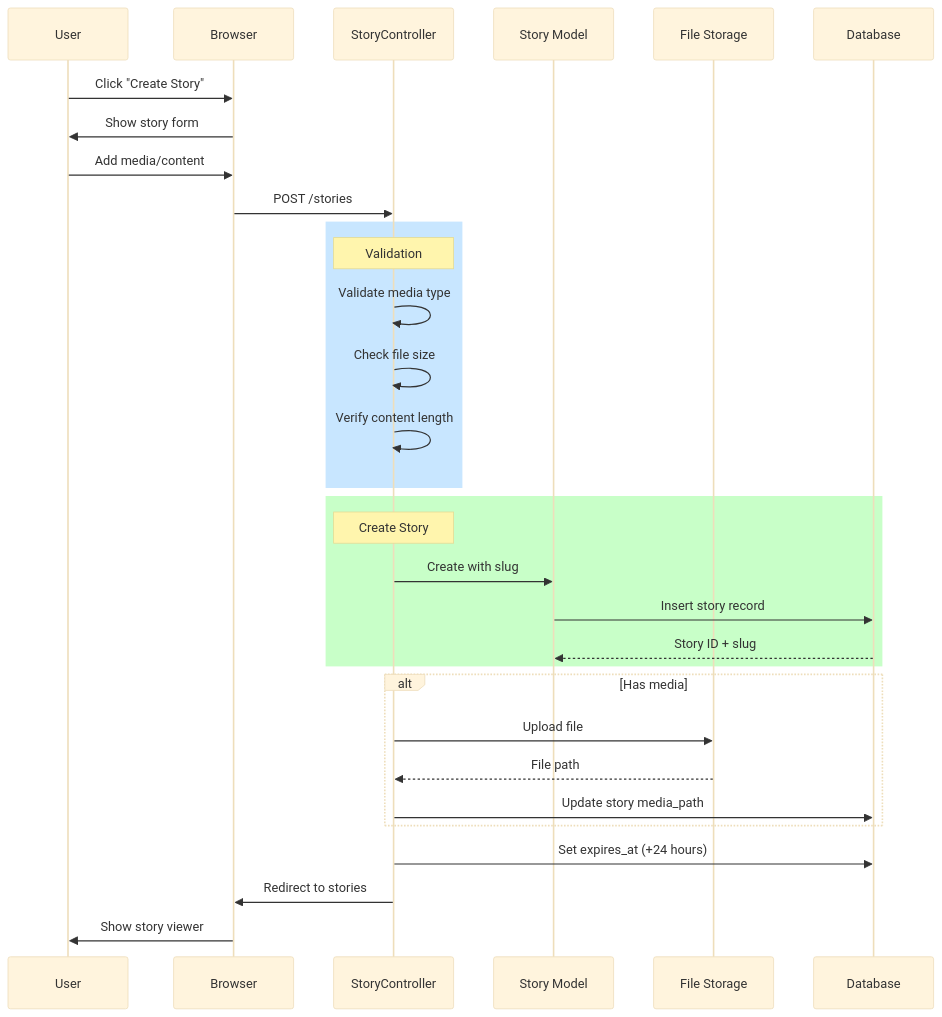
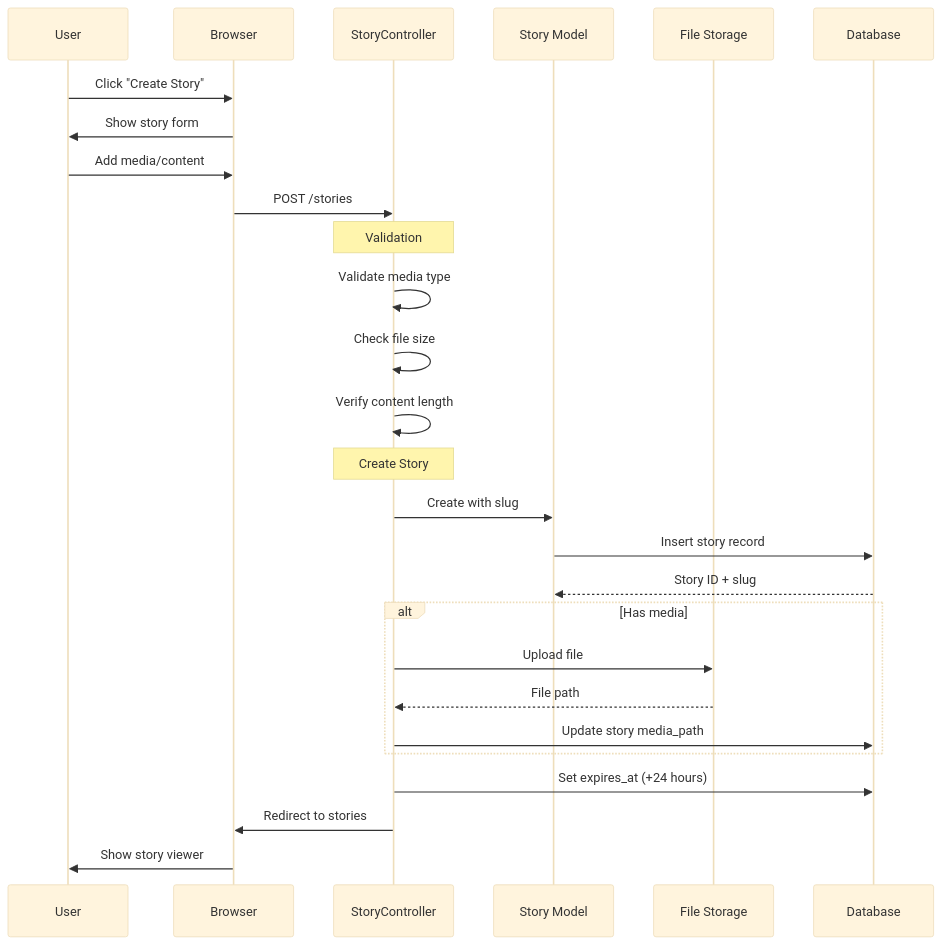
Before and after one commit to vd120/laravel_project: the tenth of 28 diagrams in UML.md, drawn with Mermaid (base theme). The commit also changed other lines of this file, not shown here.

````diff
--- a/UML.md
+++ b/UML.md
@@ -1205,38 +905,34 @@
 ```mermaid
 sequenceDiagram
     participant U as User
     participant B as Browser
     participant SC as StoryController
     participant StoryM as Story Model
     participant Storage as File Storage
     participant DB as Database
 
     U->>B: Click "Create Story"
     B->>U: Show story form
     U->>B: Add media/content
     B->>SC: POST /stories
 
-    rect rgb(200, 230, 255)
-        Note over SC: Validation
-        SC->>SC: Validate media type
-        SC->>SC: Check file size
-        SC->>SC: Verify content length
-    end
+    Note over SC: Validation
+    SC->>SC: Validate media type
+    SC->>SC: Check file size
+    SC->>SC: Verify content length
 
-    rect rgb(200, 255, 200)
-        Note over SC: Create Story
-        SC->>StoryM: Create with slug
-        StoryM->>DB: Insert story record
-        DB-->>StoryM: Story ID + slug
-    end
+    Note over SC: Create Story
+    SC->>StoryM: Create with slug
+    StoryM->>DB: Insert story record
+    DB-->>StoryM: Story ID + slug
 
     alt Has media
         SC->>Storage: Upload file
         Storage-->>SC: File path
         SC->>DB: Update story media_path
     end
 
     SC->>DB: Set expires_at (+24 hours)
     SC->>B: Redirect to stories
     B->>U: Show story viewer
 ```
````
